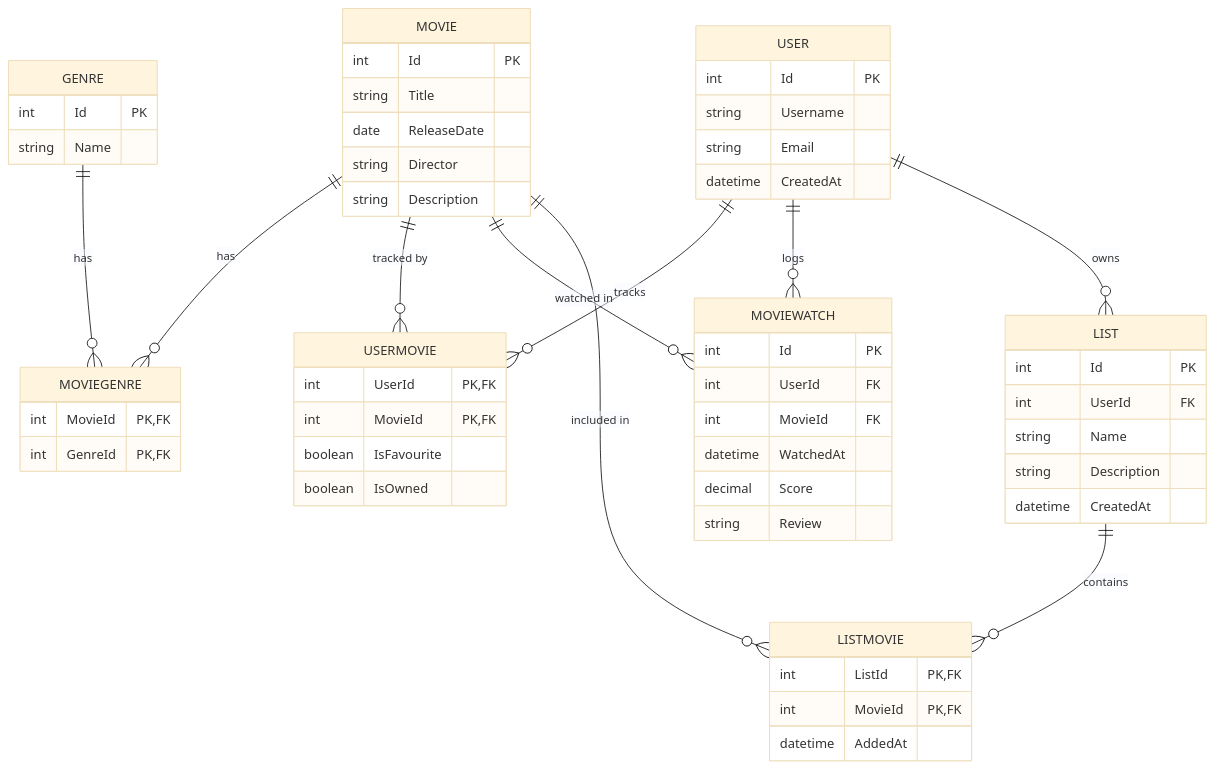
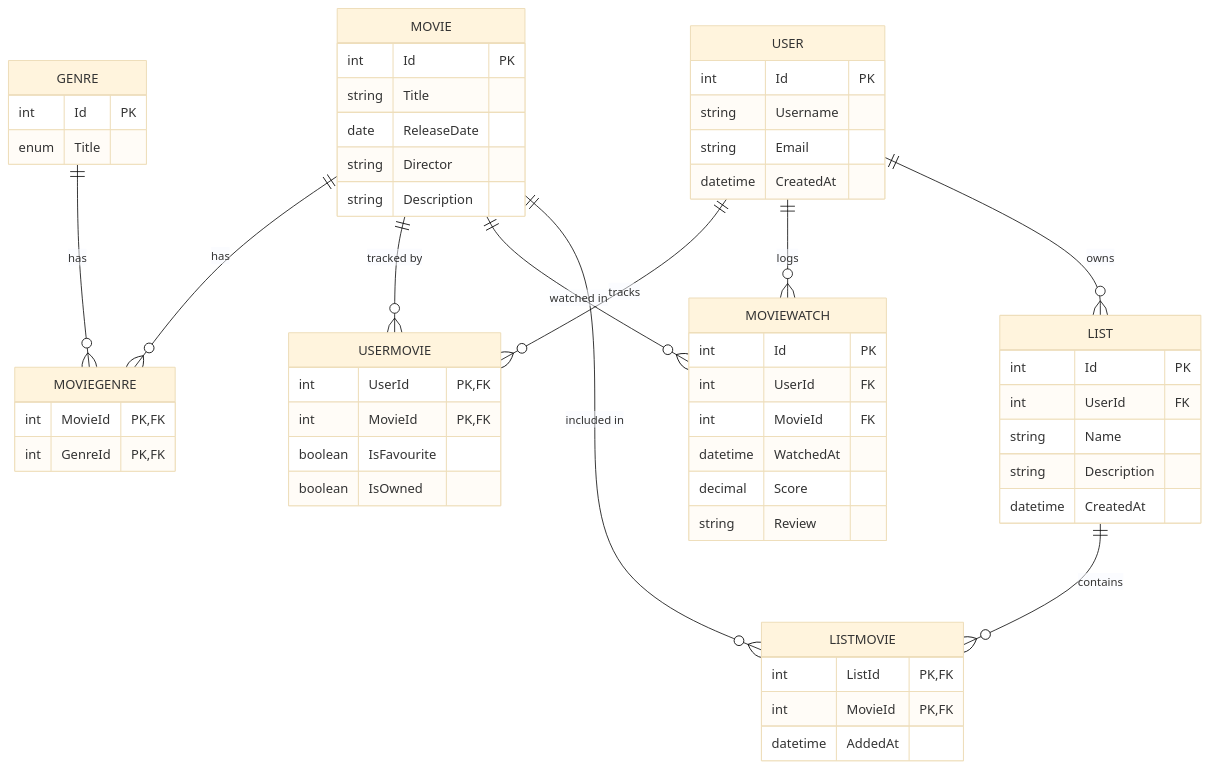
One commit to Haikira/MovieLogger changed the diagram in README.md. Above: the diagram before and after it, drawn with Mermaid (base theme). The commit also changed 2 other files, not shown here.

Commit message:
Fixed areas where I forgot to change naming to Title

````diff
--- a/README.md
+++ b/README.md
@@ -42,60 +42,60 @@
 ```mermaid
 erDiagram
     USER {
         int Id PK
         string Username
         string Email
         datetime CreatedAt
     }
     MOVIE {
         int Id PK
         string Title
         date ReleaseDate
         string Director
         string Description
     }
     GENRE {
         int Id PK
-        string Name
+        enum Title
     }
     MOVIEGENRE {
         int MovieId PK,FK
         int GenreId PK,FK
     }
     USERMOVIE {
         int UserId PK,FK
         int MovieId PK,FK
         boolean IsFavourite
         boolean IsOwned
     }
     MOVIEWATCH {
         int Id PK
         int UserId FK
         int MovieId FK
         datetime WatchedAt
         decimal Score
         string Review
     }
     LIST {
         int Id PK
         int UserId FK
         string Name
         string Description
         datetime CreatedAt
     }
     LISTMOVIE {
         int ListId PK,FK
         int MovieId PK,FK
         datetime AddedAt
     }
 
     MOVIE ||--o{ MOVIEGENRE : "has"
     GENRE ||--o{ MOVIEGENRE : "has"
     USER ||--o{ USERMOVIE : "tracks"
     MOVIE ||--o{ USERMOVIE : "tracked by"
     USER ||--o{ MOVIEWATCH : "logs"
     MOVIE ||--o{ MOVIEWATCH : "watched in"
     USER ||--o{ LIST : "owns"
     LIST ||--o{ LISTMOVIE : "contains"
     MOVIE ||--o{ LISTMOVIE : "included in"
 ```
````
